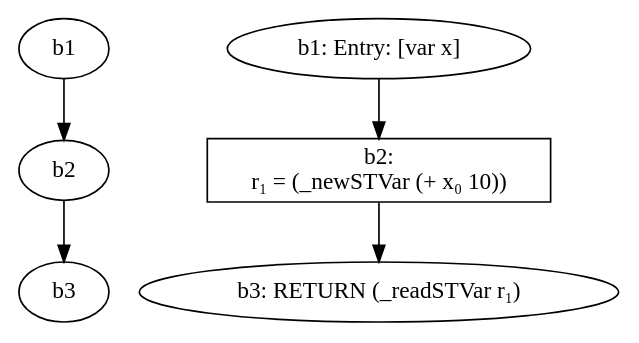
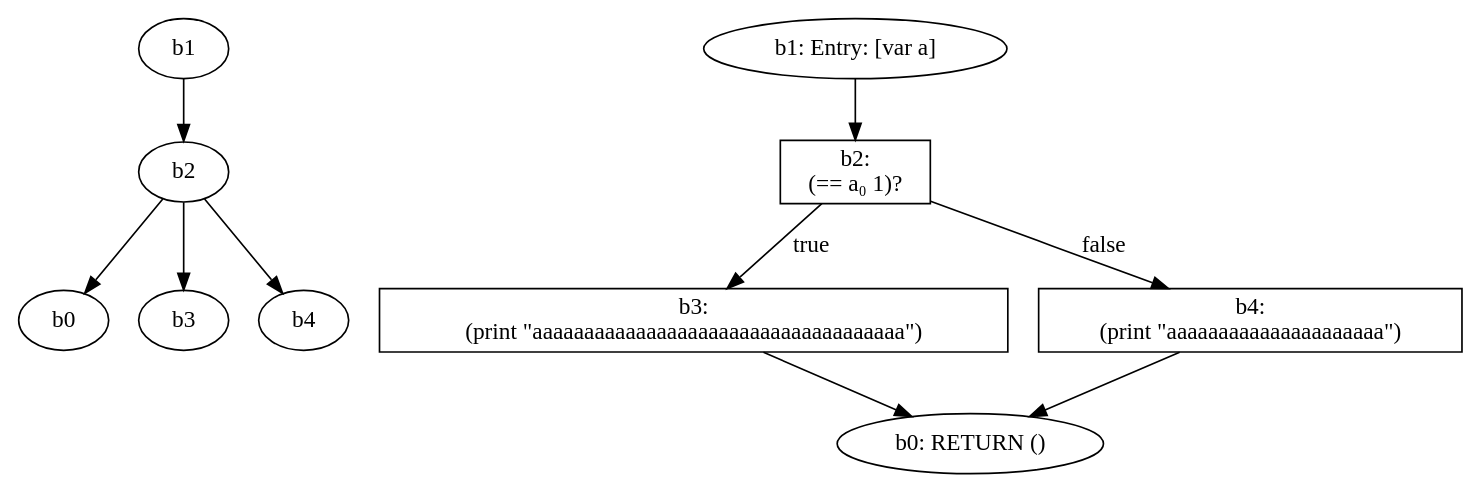
Before and after one commit to leorigon/TE-Infer-SSA: the diagram in out.dot, drawn with Graphviz. The commit also changed 3 other files, not shown here.

```diff
--- a/out.dot
+++ b/out.dot
@@ -1,12 +1,21 @@
 digraph g {
+  d0 [label=b0];
+  d2 -> d0;
+  b0 [label="b0: RETURN ()"];
   d1 [label=b1];
-  b1 [label="b1: Entry: [var x]"];
+  b1 [label="b1: Entry: [var a]"];
   b1 -> b2;
   d2 [label=b2];
   d1 -> d2;
-  b2 [shape=box, label="b2:\nr₁ = (_newSTVar (+ x₀ 10))"];
-  b2 -> b3;
+  b2 [shape=box, label="b2:\n(== a₀ 1)?"];
+  b2 -> b3 [label=true];
+  b2 -> b4 [label=false];
   d3 [label=b3];
   d2 -> d3;
-  b3 [label="b3: RETURN (_readSTVar r₁)"];
+  b3 [shape=box, label="b3:\n(print \"aaaaaaaaaaaaaaaaaaaaaaaaaaaaaaaaaaaa\")"];
+  b3 -> b0;
+  d4 [label=b4];
+  d2 -> d4;
+  b4 [shape=box, label="b4:\n(print \"aaaaaaaaaaaaaaaaaaaaa\")"];
+  b4 -> b0;
 }
```
